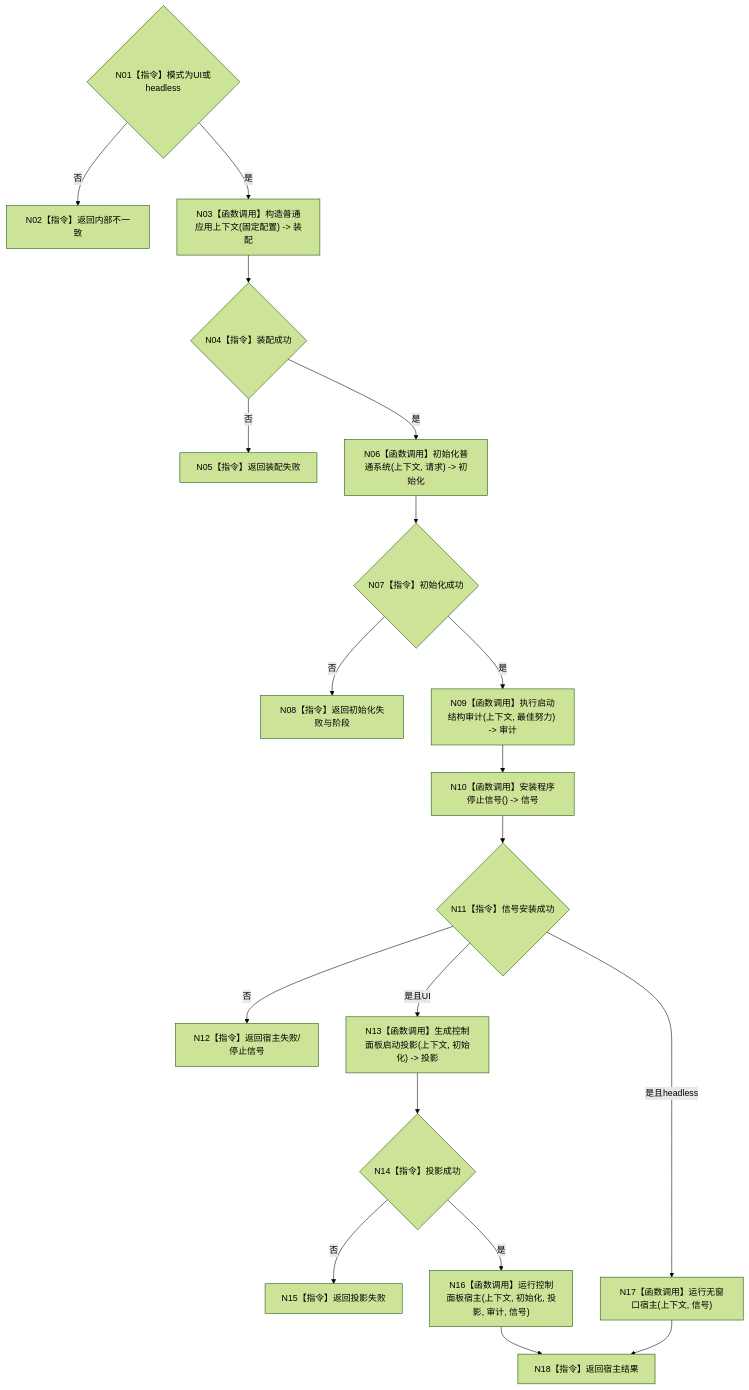
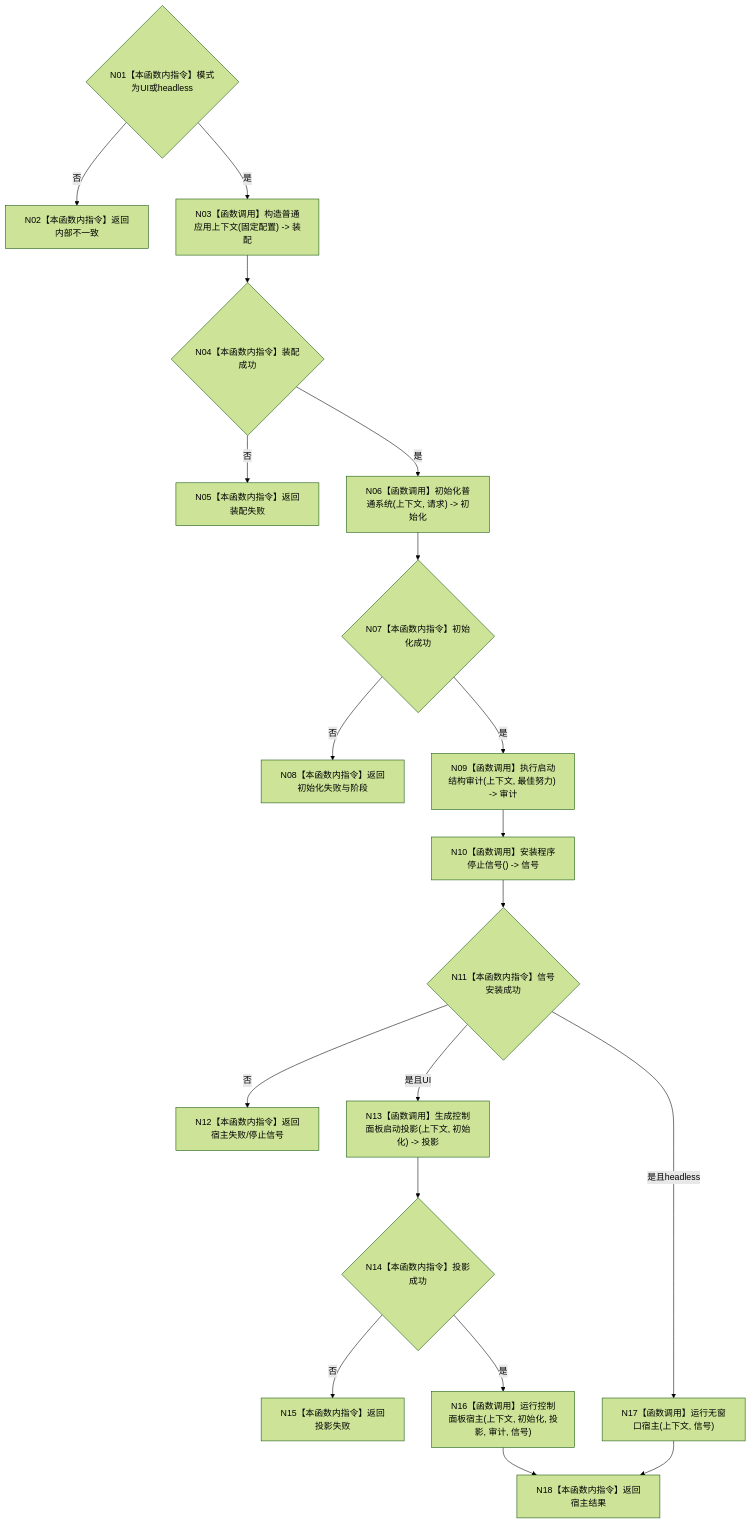
The diagram in 流程图/20260726_ENTRY-ONLY_F06_运行普通程序_施工流程图_v0.1.md (chunhaizh-cyber/HY-Ego), drawn with Mermaid (forest theme) before and after one commit. The commit also changed other lines of this file and 88 other files, not shown here.

````diff
--- a/流程图/20260726_ENTRY-ONLY_F06_运行普通程序_施工流程图_v0.1.md
+++ b/流程图/20260726_ENTRY-ONLY_F06_运行普通程序_施工流程图_v0.1.md
@@ -8,21 +28,21 @@
 ```mermaid
 flowchart TD
-    N01{"N01【指令】模式为UI或headless"} -- "否" --> R0["N02【指令】返回内部不一致"]
+    N01{"N01【本函数内指令】模式为UI或headless"} -- "否" --> R0["N02【本函数内指令】返回内部不一致"]
     N01 -- "是" --> N03["N03【函数调用】构造普通应用上下文(固定配置) -> 装配"]
-    N03 --> N04{"N04【指令】装配成功"}
-    N04 -- "否" --> R1["N05【指令】返回装配失败"]
+    N03 --> N04{"N04【本函数内指令】装配成功"}
+    N04 -- "否" --> R1["N05【本函数内指令】返回装配失败"]
     N04 -- "是" --> N06["N06【函数调用】初始化普通系统(上下文, 请求) -> 初始化"]
-    N06 --> N07{"N07【指令】初始化成功"}
-    N07 -- "否" --> R2["N08【指令】返回初始化失败与阶段"]
+    N06 --> N07{"N07【本函数内指令】初始化成功"}
+    N07 -- "否" --> R2["N08【本函数内指令】返回初始化失败与阶段"]
     N07 -- "是" --> N09["N09【函数调用】执行启动结构审计(上下文, 最佳努力) -> 审计"]
     N09 --> N10["N10【函数调用】安装程序停止信号() -> 信号"]
-    N10 --> N11{"N11【指令】信号安装成功"}
-    N11 -- "否" --> R3["N12【指令】返回宿主失败/停止信号"]
+    N10 --> N11{"N11【本函数内指令】信号安装成功"}
+    N11 -- "否" --> R3["N12【本函数内指令】返回宿主失败/停止信号"]
     N11 -- "是且UI" --> N13["N13【函数调用】生成控制面板启动投影(上下文, 初始化) -> 投影"]
-    N13 --> N14{"N14【指令】投影成功"}
-    N14 -- "否" --> R4["N15【指令】返回投影失败"]
+    N13 --> N14{"N14【本函数内指令】投影成功"}
+    N14 -- "否" --> R4["N15【本函数内指令】返回投影失败"]
     N14 -- "是" --> N16["N16【函数调用】运行控制面板宿主(上下文, 初始化, 投影, 审计, 信号)"]
     N11 -- "是且headless" --> N17["N17【函数调用】运行无窗口宿主(上下文, 信号)"]
-    N16 --> N18["N18【指令】返回宿主结果"]
+    N16 --> N18["N18【本函数内指令】返回宿主结果"]
     N17 --> N18
 ```
````
